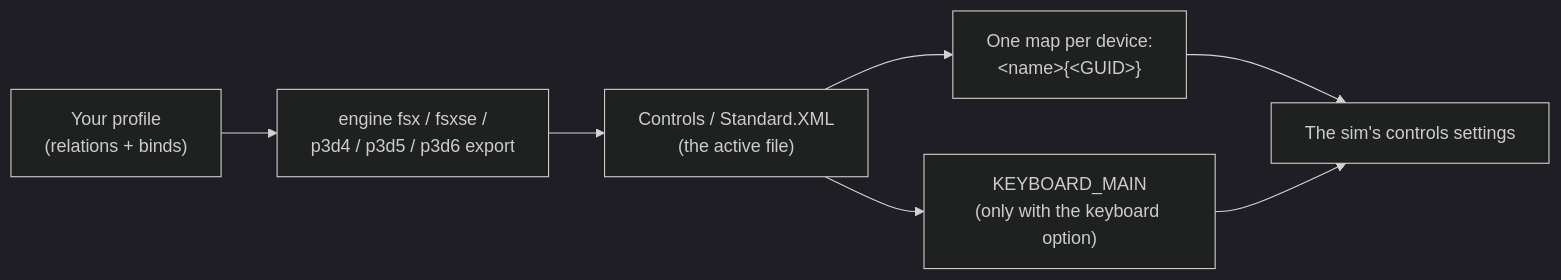
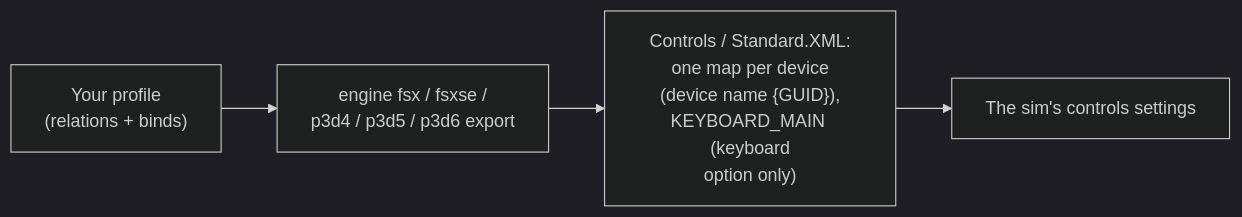
One commit to Holdi601/JoystickProfiler2 changed the diagram in website/content/games/fsx-p3d.md. Above: the diagram before and after it, drawn with Mermaid (dark theme). The commit also changed other lines of this file and 718 other files, not shown here.

````diff
--- a/website/content/games/fsx-p3d.md
+++ b/website/content/games/fsx-p3d.md
@@ -24,9 +138,7 @@
 ```mermaid
+%% caption: One controls file per sim. The keyboard map is written only with the keyboard option.
 flowchart LR
   P["Your profile<br/>(relations + binds)"] --> E["engine fsx / fsxse /<br/>p3d4 / p3d5 / p3d6 export"]
-  E --> X["Controls / Standard.XML<br/>(the active file)"]
-  X --> M["One map per device:<br/>&lt;name&gt;{&lt;GUID&gt;}"]
-  X --> K["KEYBOARD_MAIN<br/>(only with the keyboard option)"]
-  M --> G["The sim's controls settings"]
-  K --> G
+  E --> X["Controls / Standard.XML:<br/>one map per device<br/>(device name {GUID}),<br/>KEYBOARD_MAIN (keyboard<br/>option only)"]
+  X --> G["The sim's controls settings"]
 ```
````
